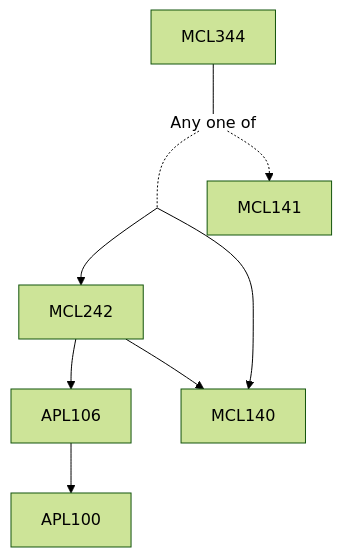
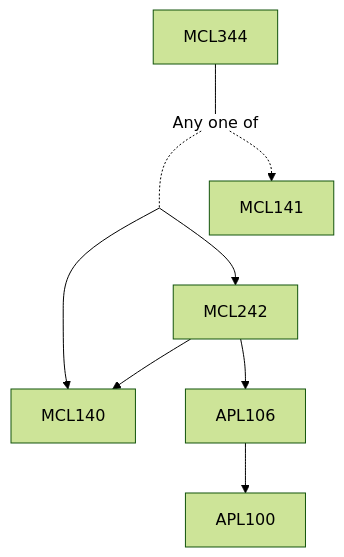
Before and after one commit to KeshavBansal0122/CoS_Website: the diagram in content/Mechanical Engineering/MCL344.md, drawn with Mermaid (forest theme). The commit also changed other lines of this file and 2667 other files, not shown here.

````diff
--- a/content/Mechanical Engineering/MCL344.md
+++ b/content/Mechanical Engineering/MCL344.md
@@ -17,15 +15,15 @@
 ```mermaid
 flowchart TD
-MCL344-42[MCL344]
-MCL344-42 --- Or43[Any one of]:::empty
-Or43 -.- and44[ ]:::trueEmpty
-MCL242-44 --> APL106-44[APL106]
-and44 --> MCL140-44[MCL140]
-and44 --> MCL242-44[MCL242]
-MCL242-44 --> MCL140-44[MCL140]
-APL106-44 --> APL100-44[APL100]
-Or43 -.-> MCL141-45[MCL141]
+MCL344-1430[MCL344]
+MCL344-1430 --- Or1431[Any one of]:::empty
+Or1431 -.- and1432[ ]:::trueEmpty
+and1432 --> MCL242-1432[MCL242]
+MCL242-1432 --> MCL140-1432[MCL140]
+MCL242-1432 --> APL106-1432[APL106]
+APL106-1432 --> APL100-1432[APL100]
+and1432 --> MCL140-1432[MCL140]
+Or1431 -.-> MCL141-1433[MCL141]
 
 classDef empty height:17px, fill:transparent, stroke:transparent;
 classDef trueEmpty height:0px, width:0px;
 ```
````
